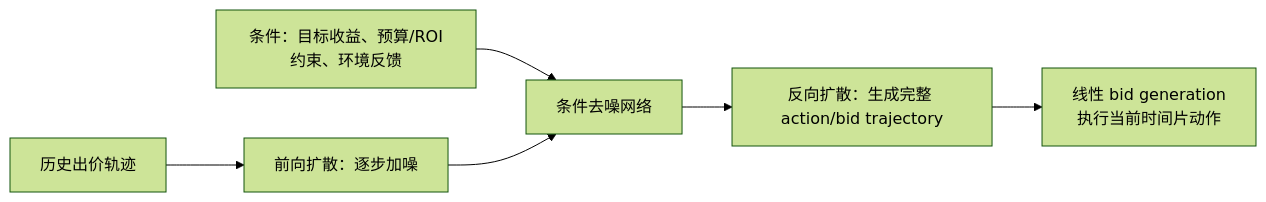
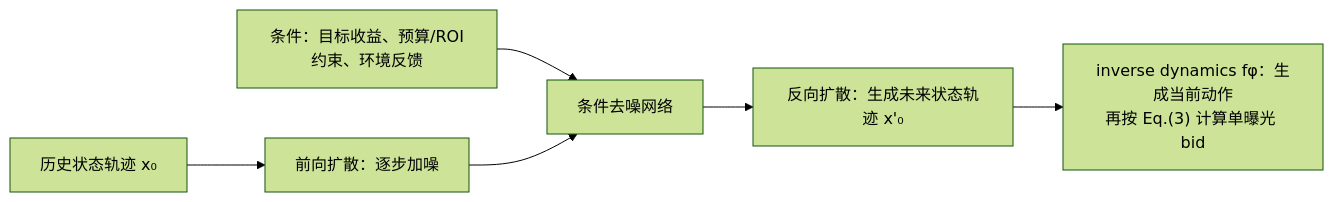
One commit to m17858052891-kk/obsidiankeke changed the diagram in 端到端建模/自动出价论文精读/02_AIGB：怎样生成完整出价轨迹.md. Above: the diagram before and after it, drawn with Mermaid (forest theme). The commit also changed other lines of this file and 57 other files, not shown here.

````diff
--- a/端到端建模/自动出价论文精读/02_AIGB：怎样生成完整出价轨迹.md
+++ b/端到端建模/自动出价论文精读/02_AIGB：怎样生成完整出价轨迹.md
@@ -45,8 +266,8 @@
 ```mermaid
 flowchart LR
-    A["历史出价轨迹"] --> B["前向扩散：逐步加噪"]
+    A["历史状态轨迹 x₀"] --> B["前向扩散：逐步加噪"]
     C["条件：目标收益、预算/ROI约束、环境反馈"] --> D["条件去噪网络"]
     B --> D
-    D --> E["反向扩散：生成完整 action/bid trajectory"]
-    E --> F["线性 bid generation\n执行当前时间片动作"]
+    D --> E["反向扩散：生成未来状态轨迹 x'₀"]
+    E --> F["inverse dynamics fφ：生成当前动作\n再按 Eq.(3) 计算单曝光 bid"]
 ```
````
